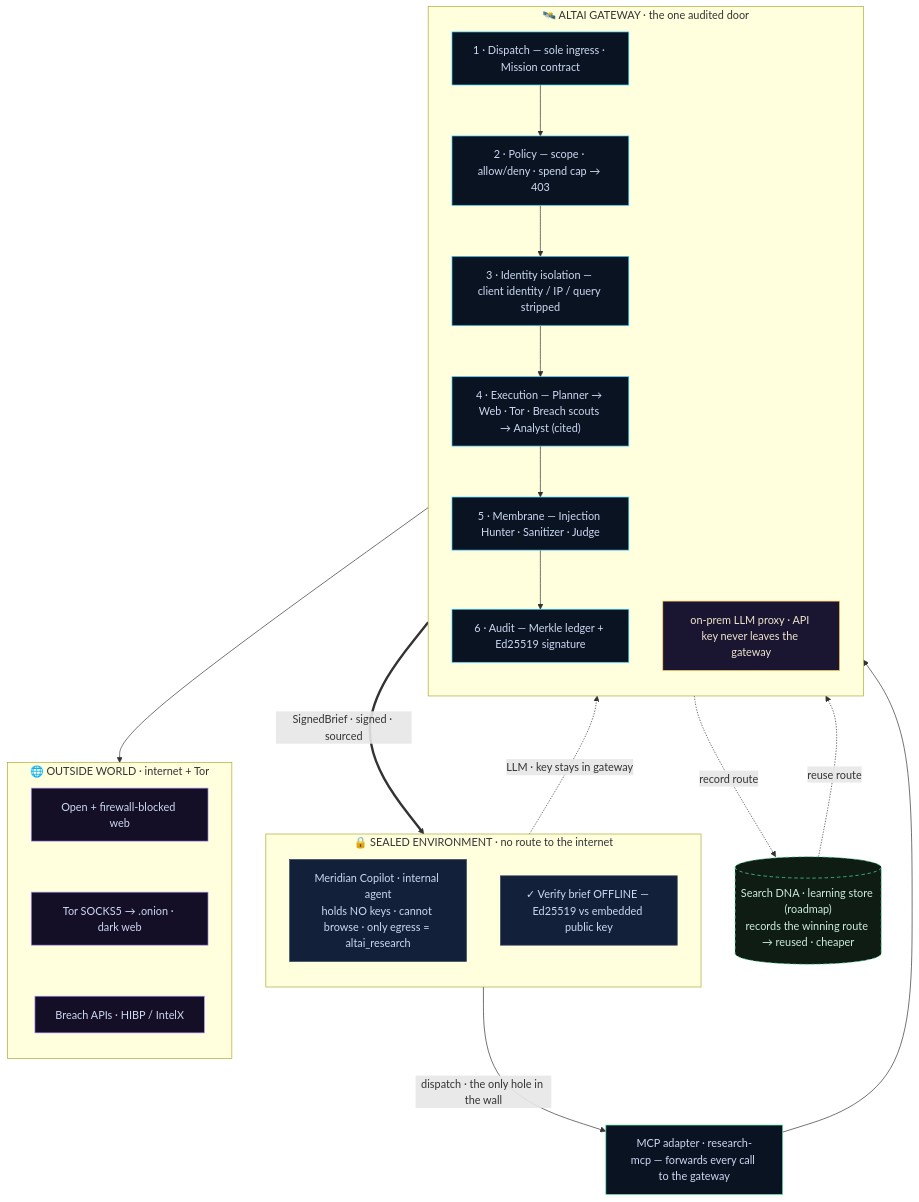
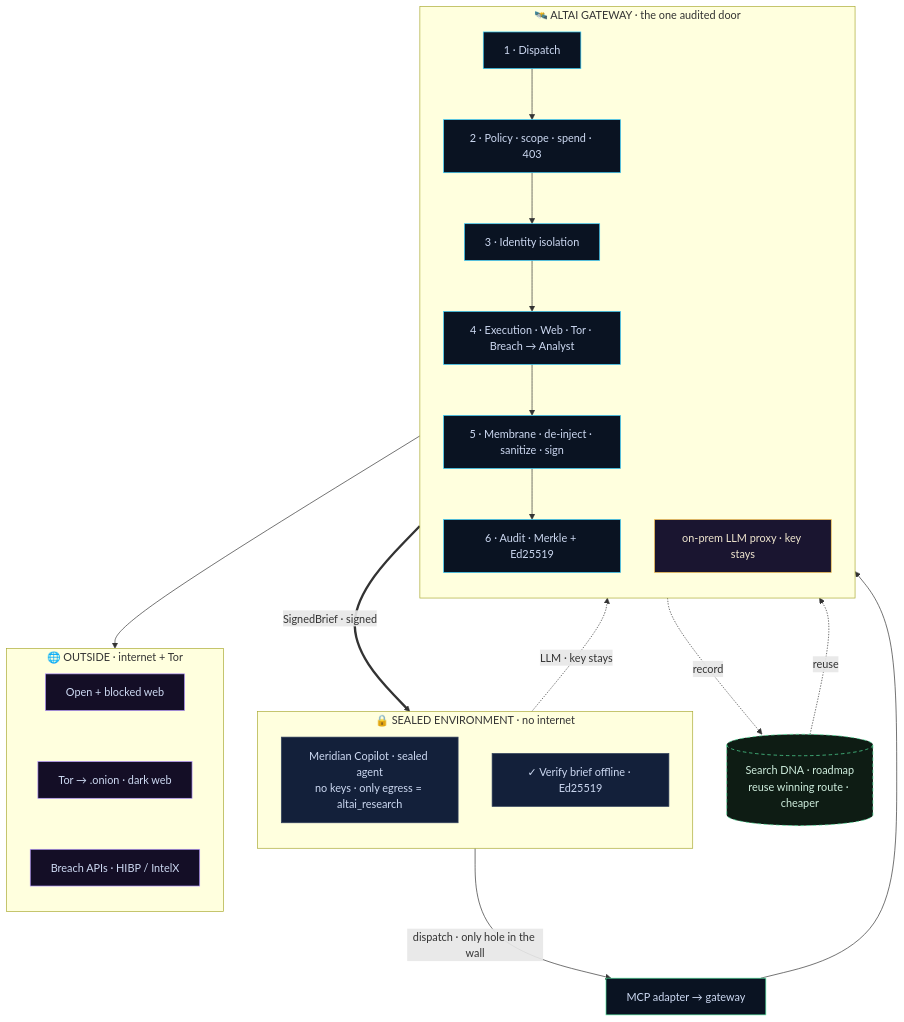
One commit to Symbioose/yc-hackathon changed the first of 2 diagrams in demo/architecture.md. Above: the diagram before and after it, drawn with Mermaid. The commit also changed 2 other files, not shown here.

````diff
--- a/demo/architecture.md
+++ b/demo/architecture.md
@@ -7,53 +7,53 @@
 ```mermaid
 flowchart TB
-  subgraph SEALED["🔒 SEALED ENVIRONMENT · no route to the internet"]
+  subgraph SEALED["🔒 SEALED ENVIRONMENT · no internet"]
     direction TB
-    AGENT["Meridian Copilot · internal agent<br/>holds NO keys · cannot browse · only egress = altai_research"]
-    VERIFY["✓ Verify brief OFFLINE — Ed25519 vs embedded public key"]
+    AGENT["Meridian Copilot · sealed agent<br/>no keys · only egress = altai_research"]
+    VERIFY["✓ Verify brief offline · Ed25519"]
   end
 
-  MCP["MCP adapter · research-mcp — forwards every call to the gateway"]
+  MCP["MCP adapter → gateway"]
 
   subgraph GW["🛰️ ALTAI GATEWAY · the one audited door"]
     direction TB
-    L1["1 · Dispatch — sole ingress · Mission contract"]
-    L2["2 · Policy — scope · allow/deny · spend cap → 403"]
-    L3["3 · Identity isolation — client identity / IP / query stripped"]
-    L4["4 · Execution — Planner → Web · Tor · Breach scouts → Analyst (cited)"]
-    L5["5 · Membrane — Injection Hunter · Sanitizer · Judge"]
-    L6["6 · Audit — Merkle ledger + Ed25519 signature"]
-    PROXY["on-prem LLM proxy · API key never leaves the gateway"]
+    L1["1 · Dispatch"]
+    L2["2 · Policy · scope · spend · 403"]
+    L3["3 · Identity isolation"]
+    L4["4 · Execution · Web · Tor · Breach → Analyst"]
+    L5["5 · Membrane · de-inject · sanitize · sign"]
+    L6["6 · Audit · Merkle + Ed25519"]
+    PROXY["on-prem LLM proxy · key stays"]
     L1 --> L2 --> L3 --> L4 --> L5 --> L6
   end
 
-  subgraph OUT["🌐 OUTSIDE WORLD · internet + Tor"]
+  subgraph OUT["🌐 OUTSIDE · internet + Tor"]
     direction TB
-    WEB["Open + firewall-blocked web"]
-    TOR["Tor SOCKS5 → .onion · dark web"]
+    WEB["Open + blocked web"]
+    TOR["Tor → .onion · dark web"]
     BREACH["Breach APIs · HIBP / IntelX"]
     WEB ~~~ TOR ~~~ BREACH
   end
 
-  DNA[("Search DNA · learning store (roadmap)<br/>records the winning route → reused · cheaper")]
+  DNA[("Search DNA · roadmap<br/>reuse winning route · cheaper")]
 
-  AGENT -->|"dispatch · the only hole in the wall"| MCP
+  AGENT -->|"dispatch · only hole in the wall"| MCP
   MCP --> L1
   L4 --> OUT
-  L6 ==>|"SignedBrief · signed · sourced"| VERIFY
-  AGENT -. "LLM · key stays in gateway" .-> PROXY
-  DNA -. "reuse route" .-> L4
-  L6 -. "record route" .-> DNA
+  L6 ==>|"SignedBrief · signed"| VERIFY
+  AGENT -. "LLM · key stays" .-> PROXY
+  DNA -. reuse .-> L4
+  L6 -. record .-> DNA
 
   classDef sealed fill:#13203a,stroke:#33425f,color:#cdd9f2;
   classDef gw fill:#0a1322,stroke:#38d0ff,color:#cdd9f2;
   classDef out fill:#140e26,stroke:#b596ff,color:#cdd9f2;
   classDef mcp fill:#0a1322,stroke:#54e8a0,color:#cdd9f2;
   classDef proxy fill:#1a1530,stroke:#ffc857,color:#f0e6cf;
   classDef dna fill:#0e1c14,stroke:#54e8a0,color:#cfeede,stroke-dasharray:5 4;
   class AGENT,VERIFY sealed
   class L1,L2,L3,L4,L5,L6 gw
   class WEB,TOR,BREACH out
   class MCP mcp
   class PROXY proxy
   class DNA dna
 ```
````
